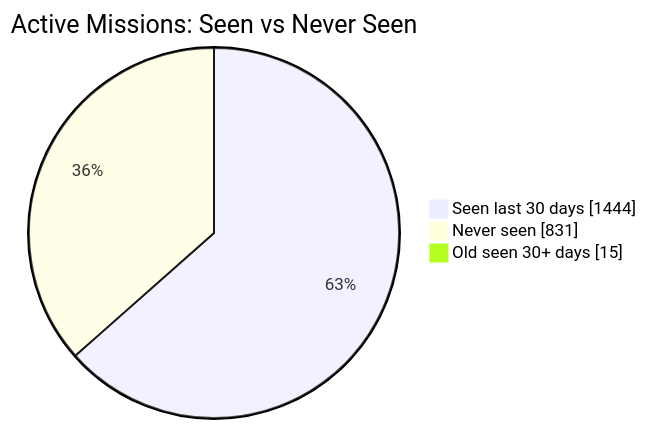
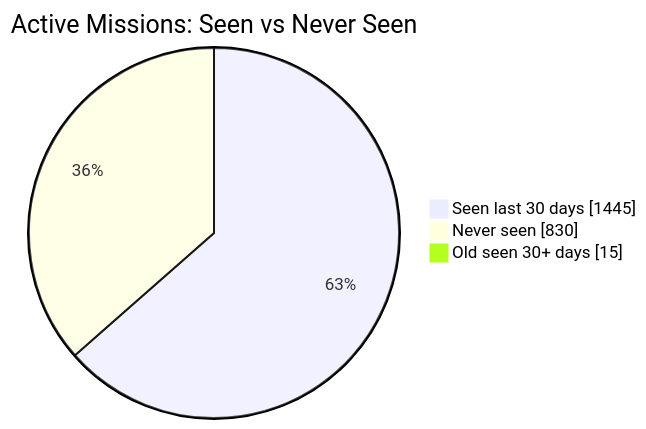
Before and after one commit to MeldkamerspelGameTeam/active-missions: the first of 2 diagrams in README.md, drawn with Mermaid. The commit also changed other lines of this file and 2 other files, not shown here.

````diff
--- a/README.md
+++ b/README.md
@@ -34,7 +34,7 @@
 ```mermaid
 pie showData
     title Active Missions: Seen vs Never Seen
-    "Seen last 30 days" : 1444
-    "Never seen" : 831
+    "Seen last 30 days" : 1445
+    "Never seen" : 830
     "Old seen 30+ days" : 15
 ```
````
